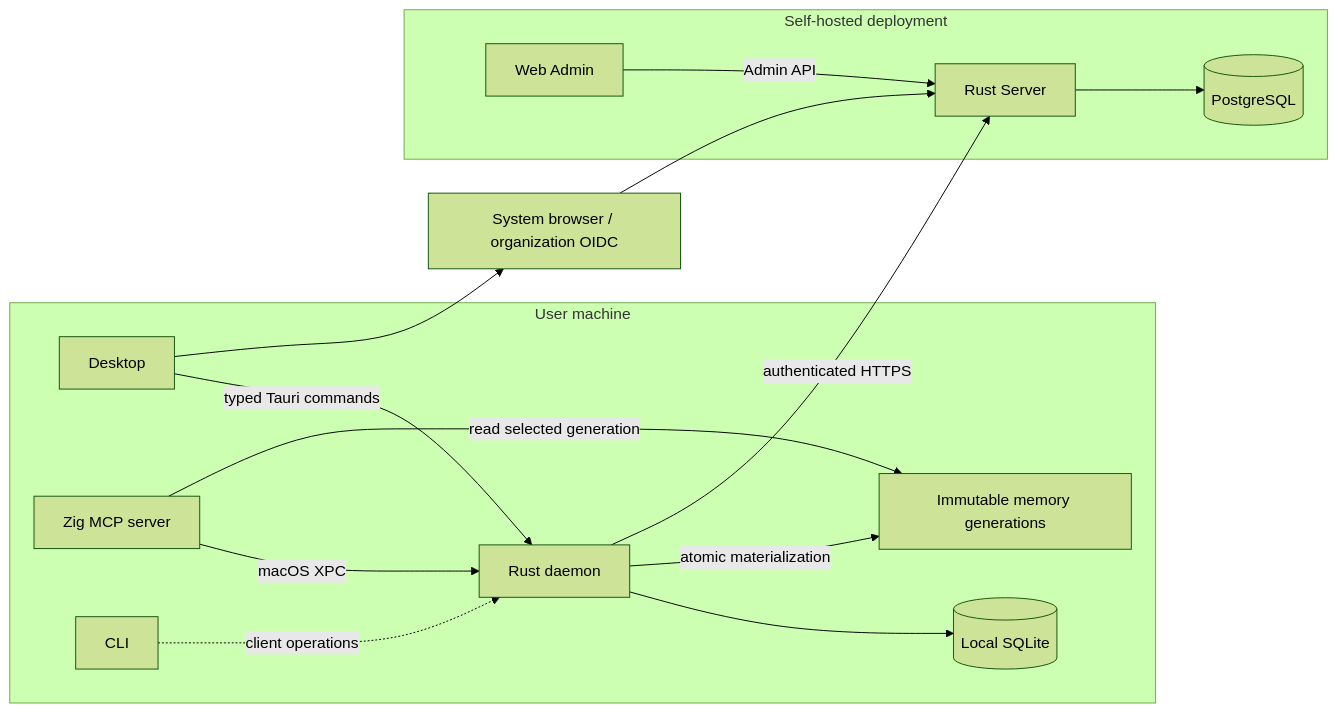
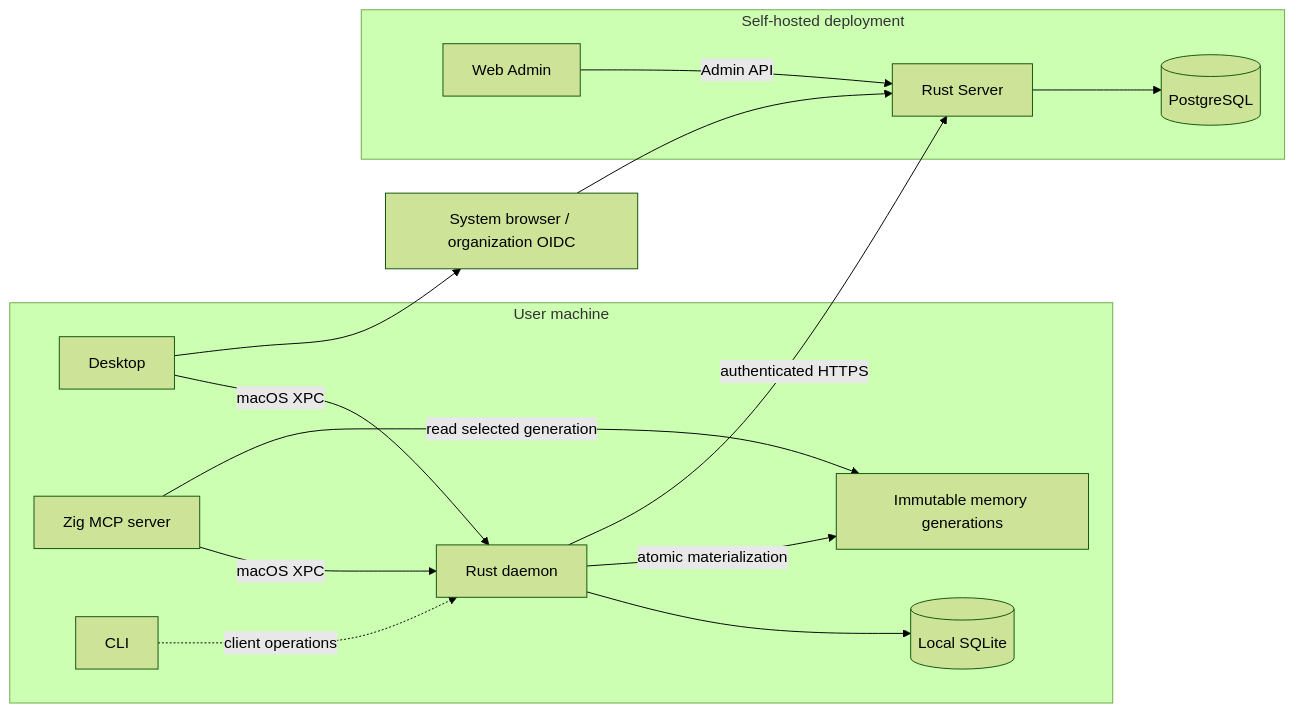
One commit to dylanwangeth/clumsies changed the first of 4 diagrams in docs/architecture.md. Above: the diagram before and after it, drawn with Mermaid (forest theme). The commit also changed other lines of this file and 81 other files, not shown here.

First line of the commit message:
desktop: remove the Tauri client

````diff
--- a/docs/architecture.md
+++ b/docs/architecture.md
@@ -5,31 +5,31 @@
 ```mermaid
 flowchart LR
     subgraph Machine["User machine"]
         Desktop["Desktop"]
         MCP["Zig MCP server"]
         CLI["CLI"]
         Daemon["Rust daemon"]
         LocalDB[("Local SQLite")]
         Files["Immutable memory generations"]
     end
 
     subgraph Deployment["Self-hosted deployment"]
         Server["Rust Server"]
         Postgres[("PostgreSQL")]
         Admin["Web Admin"]
     end
 
     Browser["System browser / organization OIDC"]
 
-    Desktop -->|"typed Tauri commands"| Daemon
+    Desktop -->|"macOS XPC"| Daemon
     MCP -->|"macOS XPC"| Daemon
     CLI -.->|"client operations"| Daemon
     Daemon --> LocalDB
     Daemon -->|"atomic materialization"| Files
     MCP -->|"read selected generation"| Files
     Daemon -->|"authenticated HTTPS"| Server
     Desktop --> Browser
     Browser --> Server
     Server --> Postgres
     Admin -->|"Admin API"| Server
 ```
````
